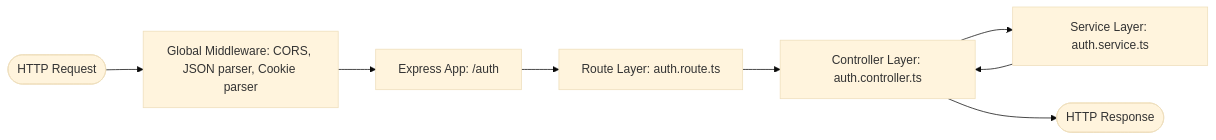
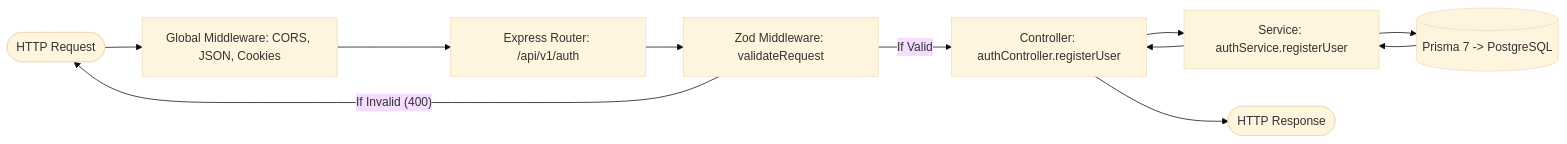
Before and after one commit to ShahriarRefat0/rise_inter_class: the diagram in README.md, drawn with Mermaid (base theme). The commit also changed other lines of this file, not shown here.

````diff
--- a/README.md
+++ b/README.md
@@ -209,10 +567,13 @@
 ```mermaid
 flowchart LR
-    Client([HTTP Request]) --> Middleware[Global Middleware: CORS, JSON parser, Cookie parser]
-    Middleware --> AppRouter[Express App: /auth]
-    AppRouter --> ModuleRoute[Route Layer: auth.route.ts]
-    ModuleRoute --> Controller[Controller Layer: auth.controller.ts]
-    Controller --> Service[Service Layer: auth.service.ts]
+    Client([HTTP Request]) --> Middleware[Global Middleware: CORS, JSON, Cookies]
+    Middleware --> AppRouter[Express Router: /api/v1/auth]
+    AppRouter --> Validate[Zod Middleware: validateRequest]
+    Validate -- If Invalid (400) --> Client
+    Validate -- If Valid --> Controller[Controller: authController.registerUser]
+    Controller --> Service[Service: authService.registerUser]
+    Service --> Prisma[(Prisma 7 -> PostgreSQL)]
+    Prisma --> Service
     Service --> Controller
     Controller --> Response([HTTP Response])
 ```
````
